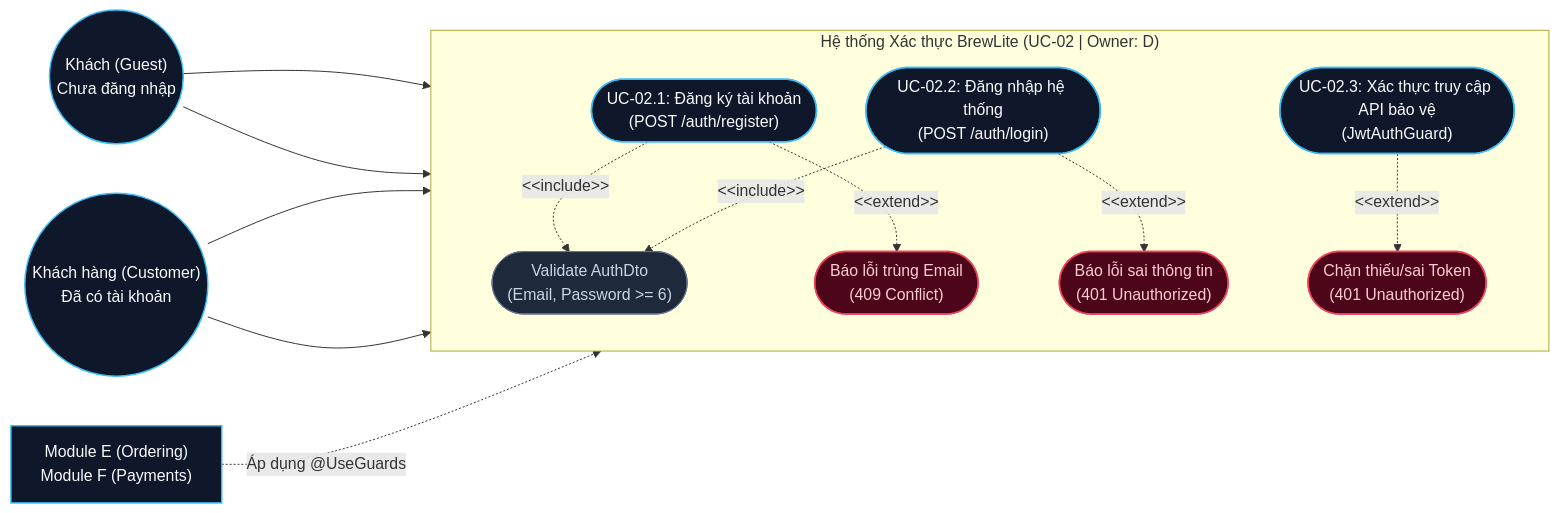
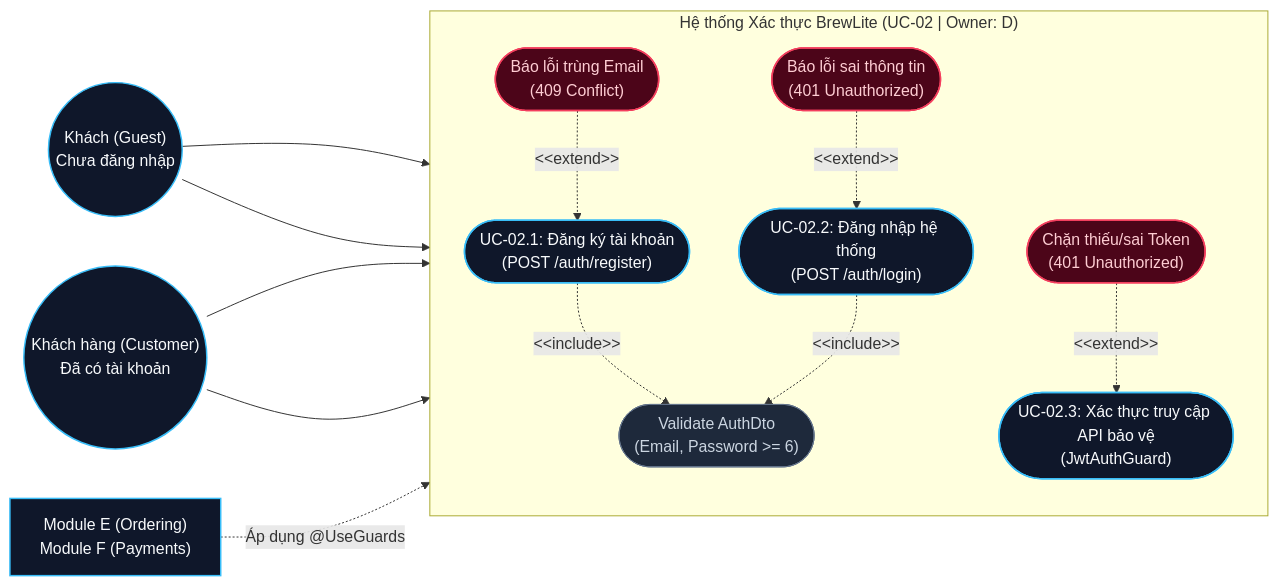
One commit to chigiabao/brewlite changed the first of 5 diagrams in docs/UC-02-AUTH.md. Above: the diagram before and after it, drawn with Mermaid. The commit also changed other lines of this file and 14 other files, not shown here.

````diff
--- a/docs/UC-02-AUTH.md
+++ b/docs/UC-02-AUTH.md
@@ -65,39 +66,39 @@
 ```mermaid
 flowchart LR
   %% Actors
   Guest(("Khách (Guest)<br/>Chưa đăng nhập"))
   Customer(("Khách hàng (Customer)<br/>Đã có tài khoản"))
   ModuleEF["Module E (Ordering)<br/>Module F (Payments)"]
 
   %% System Boundary
   subgraph AuthSystem ["Hệ thống Xác thực BrewLite (UC-02 | Owner: D)"]
     direction TB
     UC_Register(["UC-02.1: Đăng ký tài khoản<br/>(POST /auth/register)"])
     UC_Login(["UC-02.2: Đăng nhập hệ thống<br/>(POST /auth/login)"])
     UC_Protect(["UC-02.3: Xác thực truy cập API bảo vệ<br/>(JwtAuthGuard)"])
 
     UC_ValDto(["Validate AuthDto<br/>(Email, Password &gt;= 6)"]):::subUc
     UC_ErrDup(["Báo lỗi trùng Email<br/>(409 Conflict)"]):::errUc
     UC_ErrCred(["Báo lỗi sai thông tin<br/>(401 Unauthorized)"]):::errUc
     UC_ErrToken(["Chặn thiếu/sai Token<br/>(401 Unauthorized)"]):::errUc
   end
 
   %% Relationships
   Guest --> UC_Register
   Guest --> UC_Login
   Customer --> UC_Login
   Customer --> UC_Protect
 
   UC_Register -.->|&lt;&lt;include&gt;&gt;| UC_ValDto
-  UC_Register -.->|&lt;&lt;extend&gt;&gt;| UC_ErrDup
+  UC_ErrDup -.->|&lt;&lt;extend&gt;&gt;| UC_Register
 
   UC_Login -.->|&lt;&lt;include&gt;&gt;| UC_ValDto
-  UC_Login -.->|&lt;&lt;extend&gt;&gt;| UC_ErrCred
+  UC_ErrCred -.->|&lt;&lt;extend&gt;&gt;| UC_Login
 
-  UC_Protect -.->|&lt;&lt;extend&gt;&gt;| UC_ErrToken
+  UC_ErrToken -.->|&lt;&lt;extend&gt;&gt;| UC_Protect
   ModuleEF -.->|"Áp dụng @UseGuards"| UC_Protect
 
   classDef errUc fill:#4c0519,stroke:#f43f5e,stroke-width:1.5px,color:#fecdd3;
   classDef subUc fill:#1e293b,stroke:#64748b,stroke-width:1px,color:#cbd5e1;
   classDef default fill:#0f172a,stroke:#38bdf8,stroke-width:1.5px,color:#f8fafc;
 ```
````
